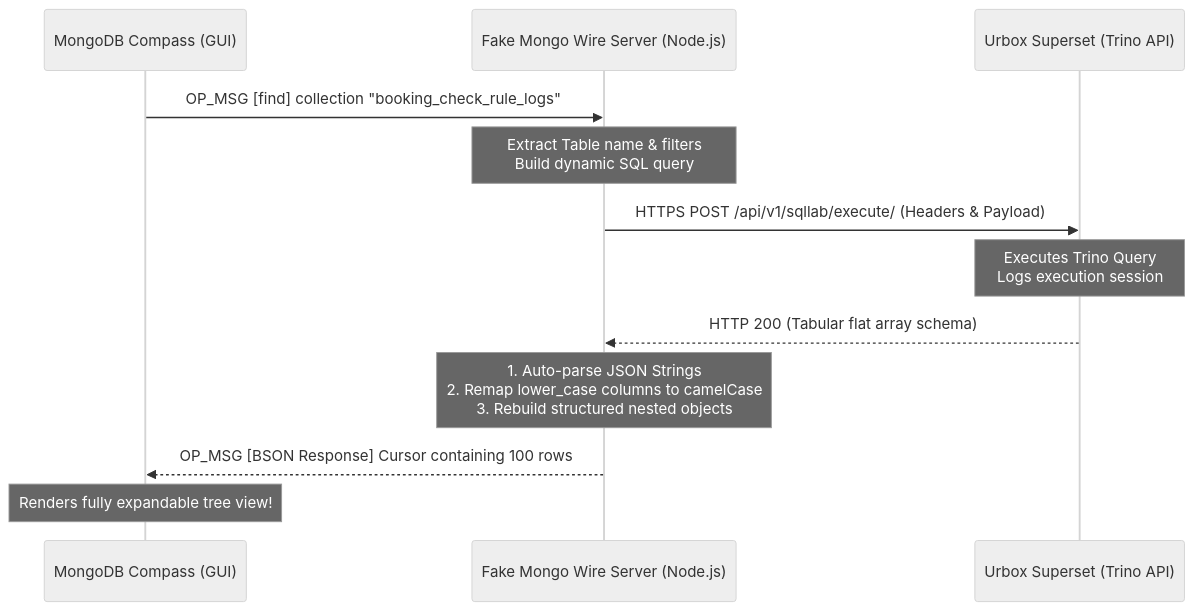
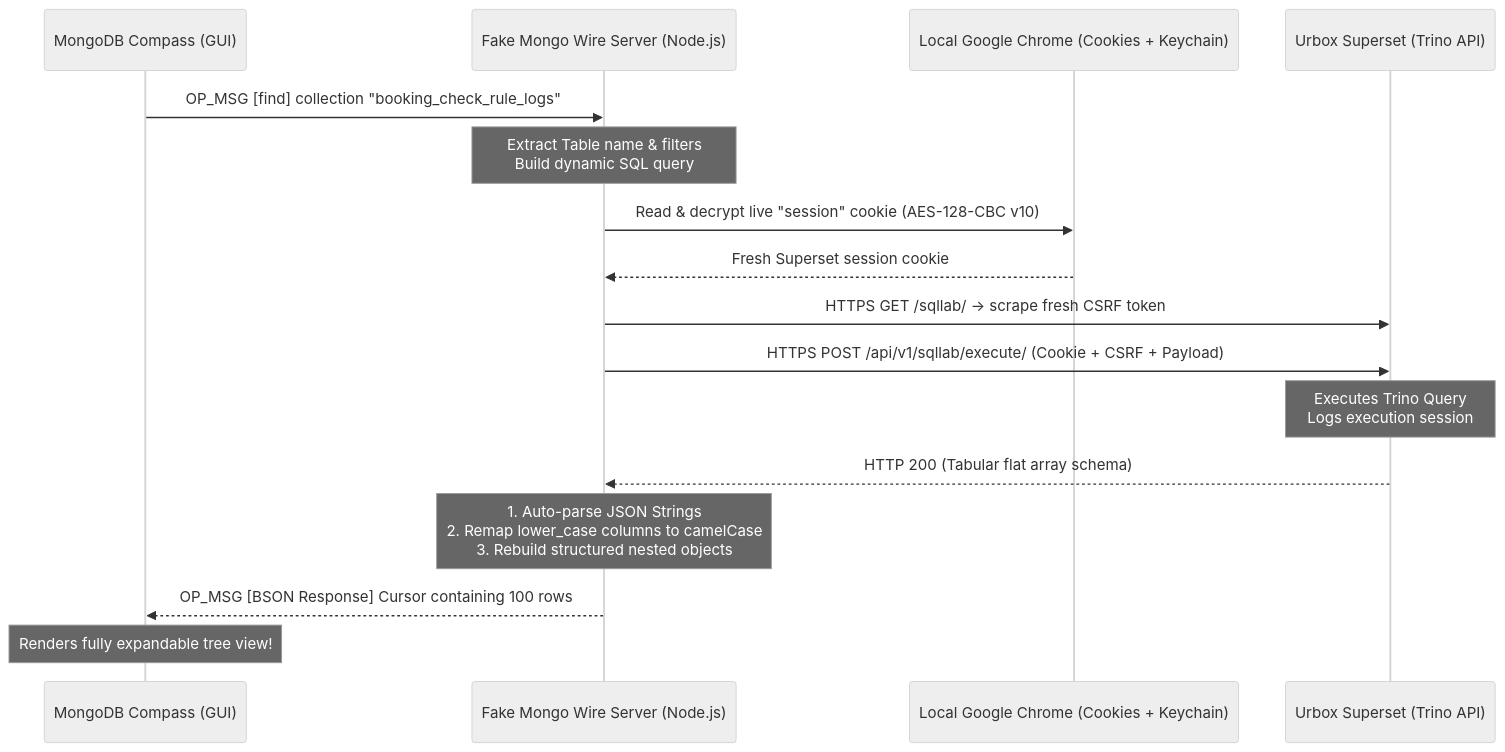
The diagram in README.md (hieunt0303/sqlab_to_mongo_compass), drawn with Mermaid (neutral theme) before and after one commit. The commit also changed other lines of this file and 3 other files, not shown here.

Commit message:
feat: implement automatic macOS Chrome session cookie extraction and decryption to replace manual credential management.

````diff
--- a/README.md
+++ b/README.md
@@ -88,15 +122,19 @@
 ```mermaid
 sequenceDiagram
     participant Compass as MongoDB Compass (GUI)
     participant Server as Fake Mongo Wire Server (Node.js)
+    participant Chrome as Local Google Chrome (Cookies + Keychain)
     participant Superset as Urbox Superset (Trino API)
 
     Compass->>Server: OP_MSG [find] collection "booking_check_rule_logs"
     Note over Server: Extract Table name & filters<br/>Build dynamic SQL query
-    Server->>Superset: HTTPS POST /api/v1/sqllab/execute/ (Headers & Payload)
+    Server->>Chrome: Read & decrypt live "session" cookie (AES-128-CBC v10)
+    Chrome-->>Server: Fresh Superset session cookie
+    Server->>Superset: HTTPS GET /sqllab/ → scrape fresh CSRF token
+    Server->>Superset: HTTPS POST /api/v1/sqllab/execute/ (Cookie + CSRF + Payload)
     Note over Superset: Executes Trino Query<br/>Logs execution session
     Superset-->>Server: HTTP 200 (Tabular flat array schema)
     Note over Server: 1. Auto-parse JSON Strings<br/>2. Remap lower_case columns to camelCase<br/>3. Rebuild structured nested objects
     Server-->>Compass: OP_MSG [BSON Response] Cursor containing 100 rows
     Note over Compass: Renders fully expandable tree view!
 ```
````
